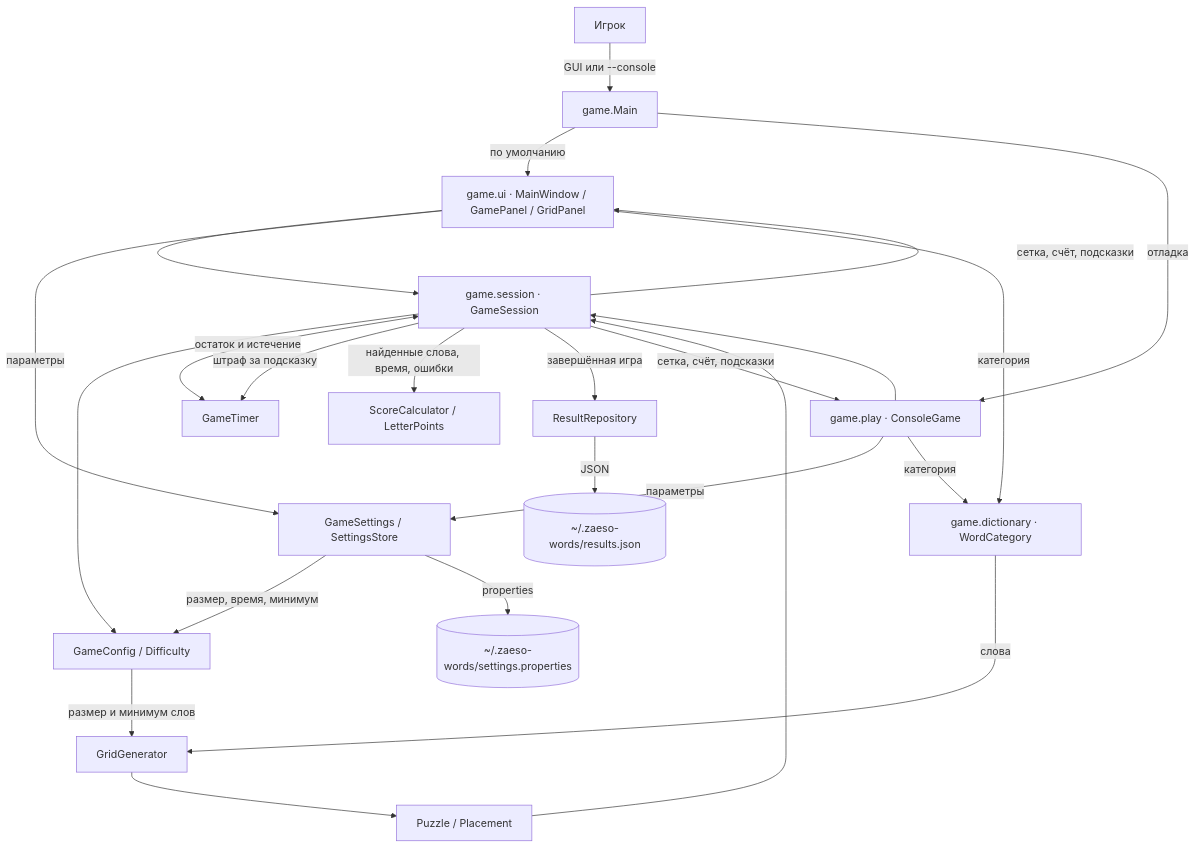
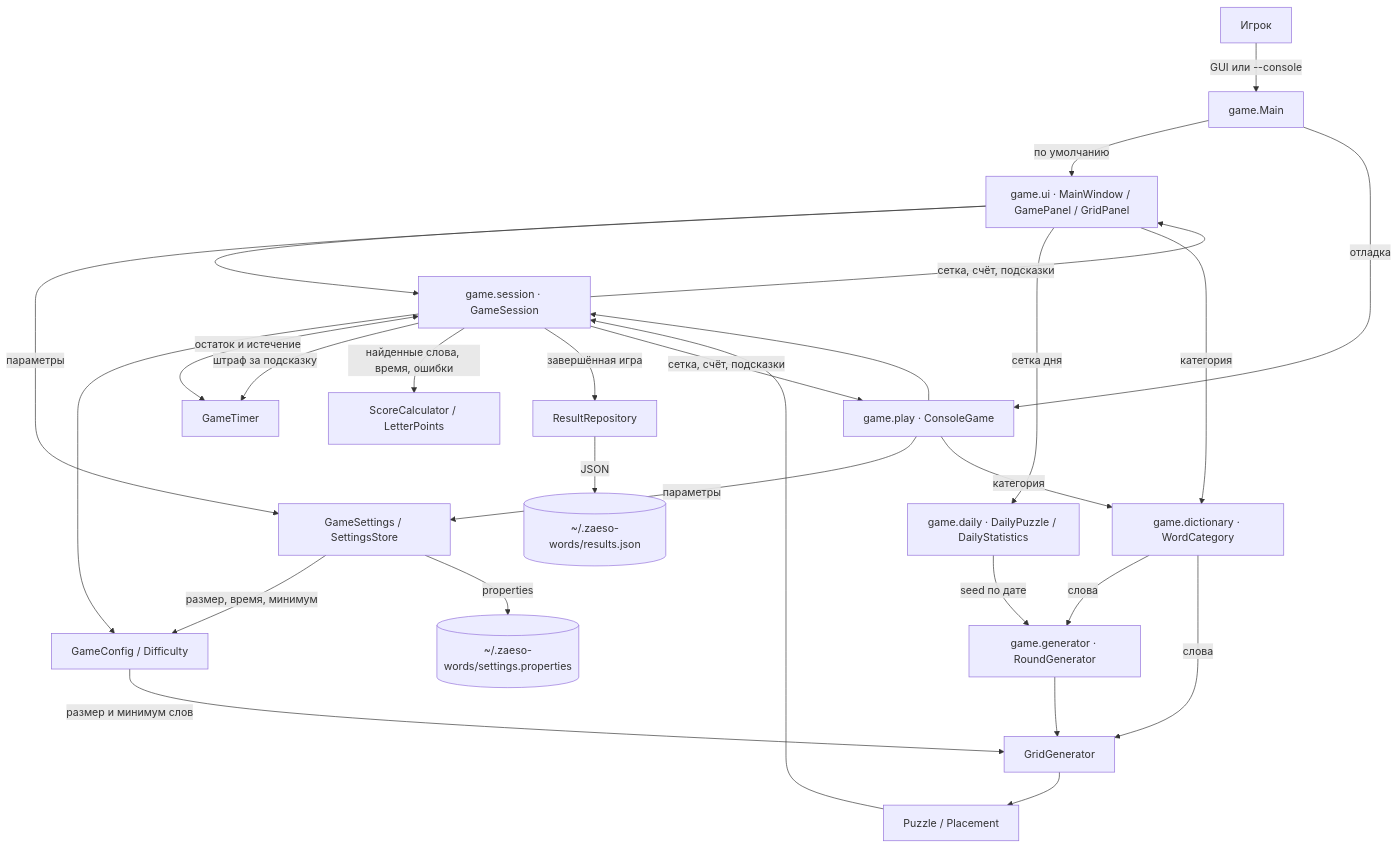
Before and after one commit to zaeso/zaeso-Words: the first of 4 diagrams in zaeso-Words-Roadmap.md, drawn with Mermaid. The commit also changed other lines of this file and 9 other files, not shown here.

Commit message:
Ежедневная сетка по дате и личная статистика

````diff
--- a/zaeso-Words-Roadmap.md
+++ b/zaeso-Words-Roadmap.md
@@ -202,26 +214,30 @@
 ```mermaid
 flowchart TB
     U["Игрок"] -->|"GUI или --console"| M["game.Main"]
     M -->|"по умолчанию"| UI["game.ui · MainWindow / GamePanel / GridPanel"]
     M -->|"отладка"| C["game.play · ConsoleGame"]
     UI --> S["game.session · GameSession"]
     C --> S
     S --> CFG["GameConfig / Difficulty"]
     UI -->|"параметры"| SET["GameSettings / SettingsStore"]
     C -->|"параметры"| SET
     SET -->|"размер, время, минимум"| CFG
     SET -->|"properties"| SETSTORE[("~/.zaeso-words/settings.properties")]
+    UI -->|"сетка дня"| DP["game.daily · DailyPuzzle / DailyStatistics"]
+    DP -->|"seed по дате"| RG["game.generator · RoundGenerator"]
     UI -->|"категория"| D["game.dictionary · WordCategory"]
     C -->|"категория"| D
+    D -->|"слова"| RG
     D -->|"слова"| G
     CFG -->|"размер и минимум слов"| G["GridGenerator"]
+    RG --> G
     G --> P["Puzzle / Placement"]
     P --> S
     S <-->|"остаток и истечение"| T["GameTimer"]
     S -->|"штраф за подсказку"| T
     S -->|"найденные слова, время, ошибки"| SC["ScoreCalculator / LetterPoints"]
     S -->|"завершённая игра"| R["ResultRepository"]
     R -->|"JSON"| STORE[("~/.zaeso-words/results.json")]
     S -->|"сетка, счёт, подсказки"| UI
     S -->|"сетка, счёт, подсказки"| C
 ```
````
